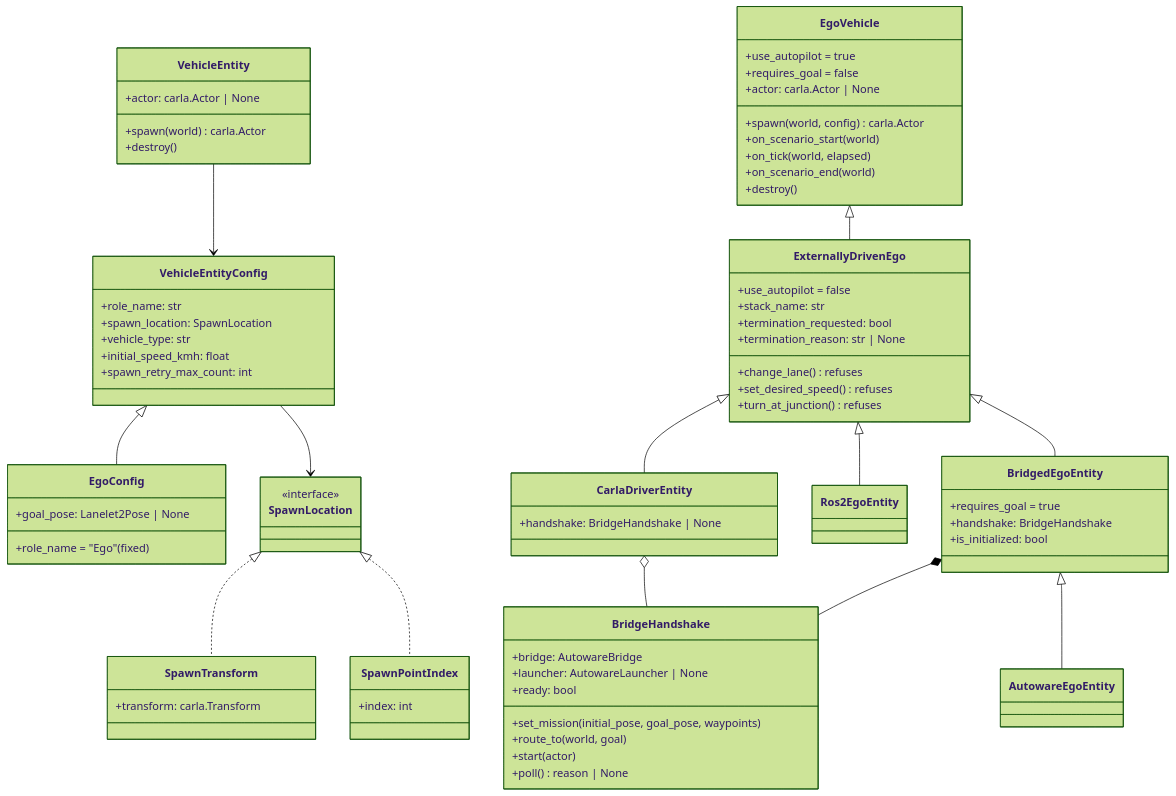
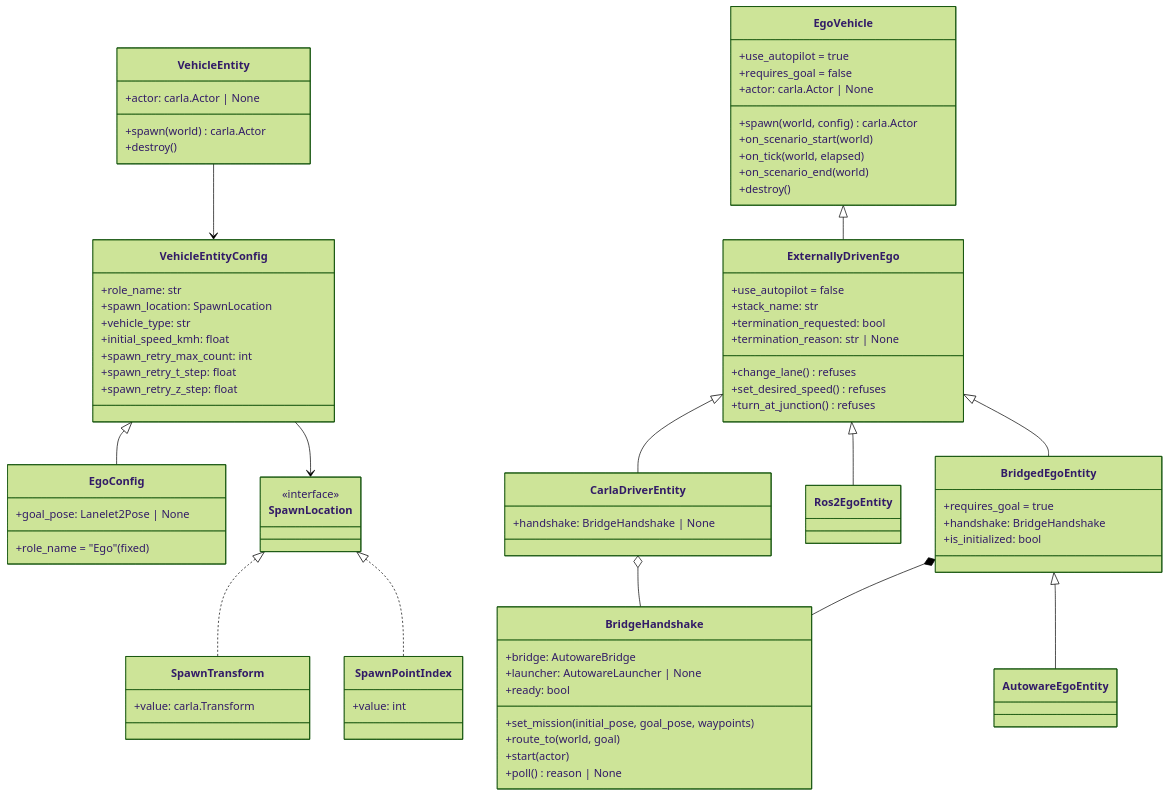
One commit to autowarefoundation/autoware_carla_scenario changed diagram 11 of 13 in autoware_carla_scenario/docs/architecture.md. Above: the diagram before and after it, drawn with Mermaid (forest theme). The commit also changed other lines of this file and 21 other files, not shown here.

```diff
--- a/autoware_carla_scenario/docs/architecture.md
+++ b/autoware_carla_scenario/docs/architecture.md
@@ -1305,6 +1308,8 @@
         +vehicle_type: str
         +initial_speed_kmh: float
         +spawn_retry_max_count: int
+        +spawn_retry_t_step: float
+        +spawn_retry_z_step: float
     }
 
     class EgoConfig {
@@ -1317,11 +1322,11 @@
     }
 
     class SpawnTransform {
-        +transform: carla.Transform
+        +value: carla.Transform
     }
 
     class SpawnPointIndex {
-        +index: int
+        +value: int
     }
 
     class VehicleEntity {
```
